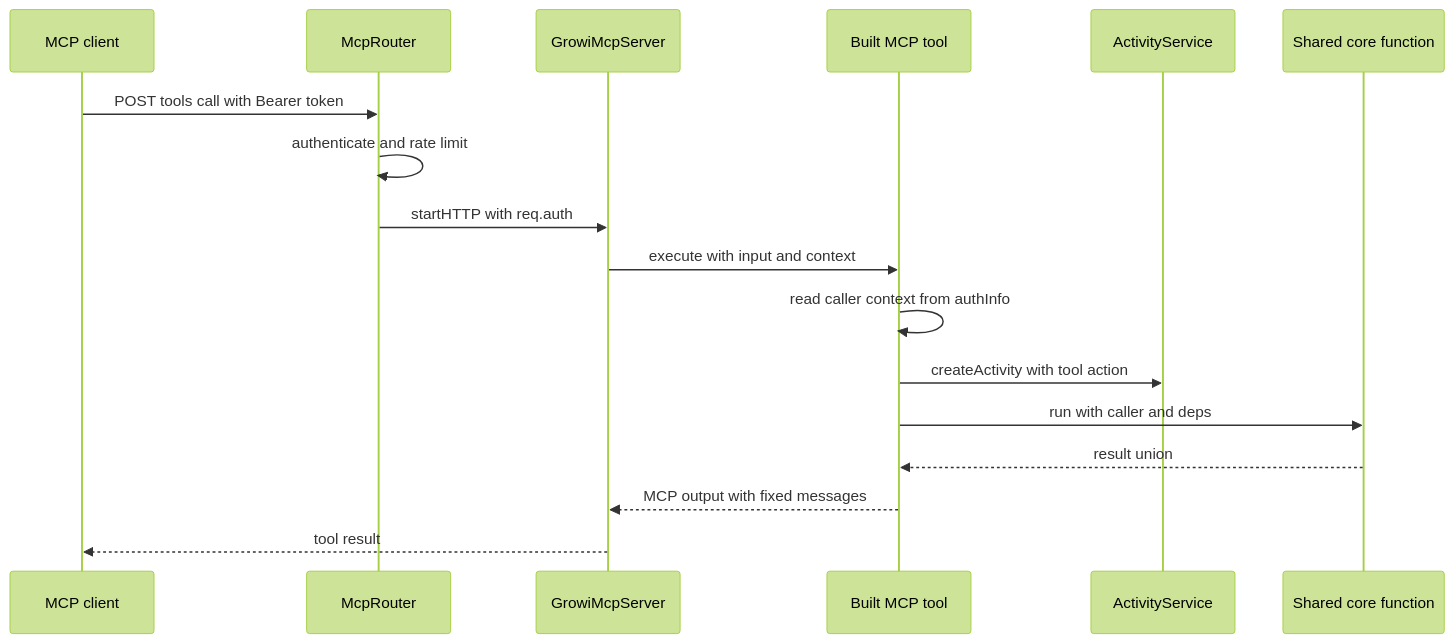
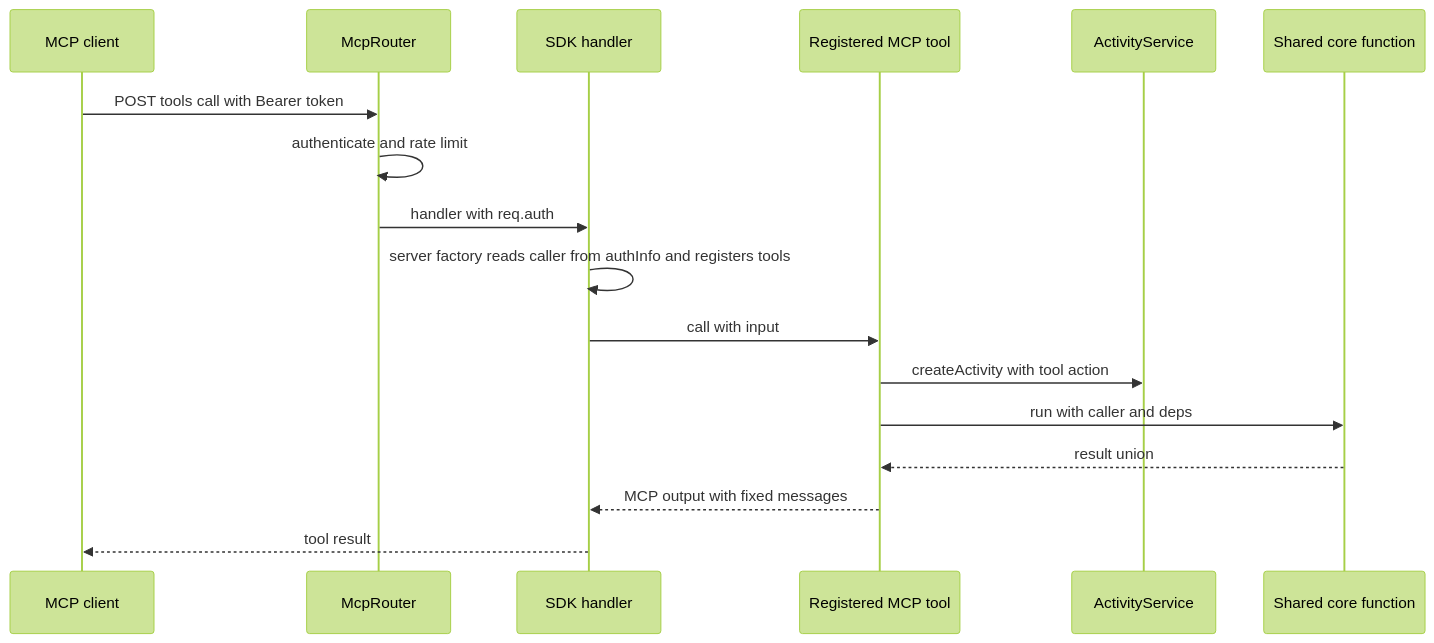
One commit to growilabs/growi changed the third of 3 diagrams in .kiro/specs/remote-mcp-server-route/design.md. Above: the diagram before and after it, drawn with Mermaid (forest theme). The commit also changed other lines of this file and 4 other files, not shown here.

First line of the commit message:
Refactor MCP server integration to utilize the official TypeScript SDK

````diff
--- a/.kiro/specs/remote-mcp-server-route/design.md
+++ b/.kiro/specs/remote-mcp-server-route/design.md
@@ -259,20 +261,20 @@
 ```mermaid
 sequenceDiagram
     participant C as MCP client
     participant R as McpRouter
-    participant S as GrowiMcpServer
-    participant T as Built MCP tool
+    participant S as SDK handler
+    participant T as Registered MCP tool
     participant A as ActivityService
     participant F as Shared core function
 
     C->>R: POST tools call with Bearer token
     R->>R: authenticate and rate limit
-    R->>S: startHTTP with req.auth
-    S->>T: execute with input and context
-    T->>T: read caller context from authInfo
+    R->>S: handler with req.auth
+    S->>S: server factory reads caller from authInfo and registers tools
+    S->>T: call with input
     T->>A: createActivity with tool action
     T->>F: run with caller and deps
     F-->>T: result union
     T-->>S: MCP output with fixed messages
     S-->>C: tool result
 ```
````
